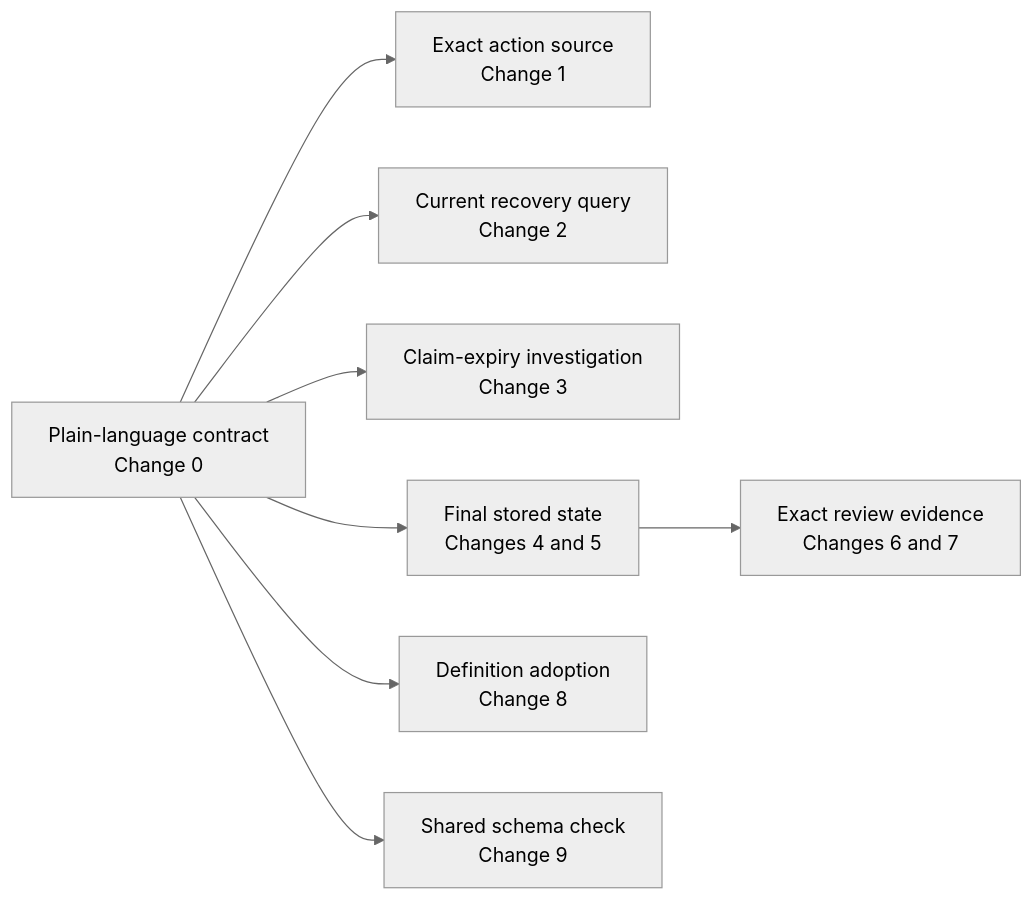
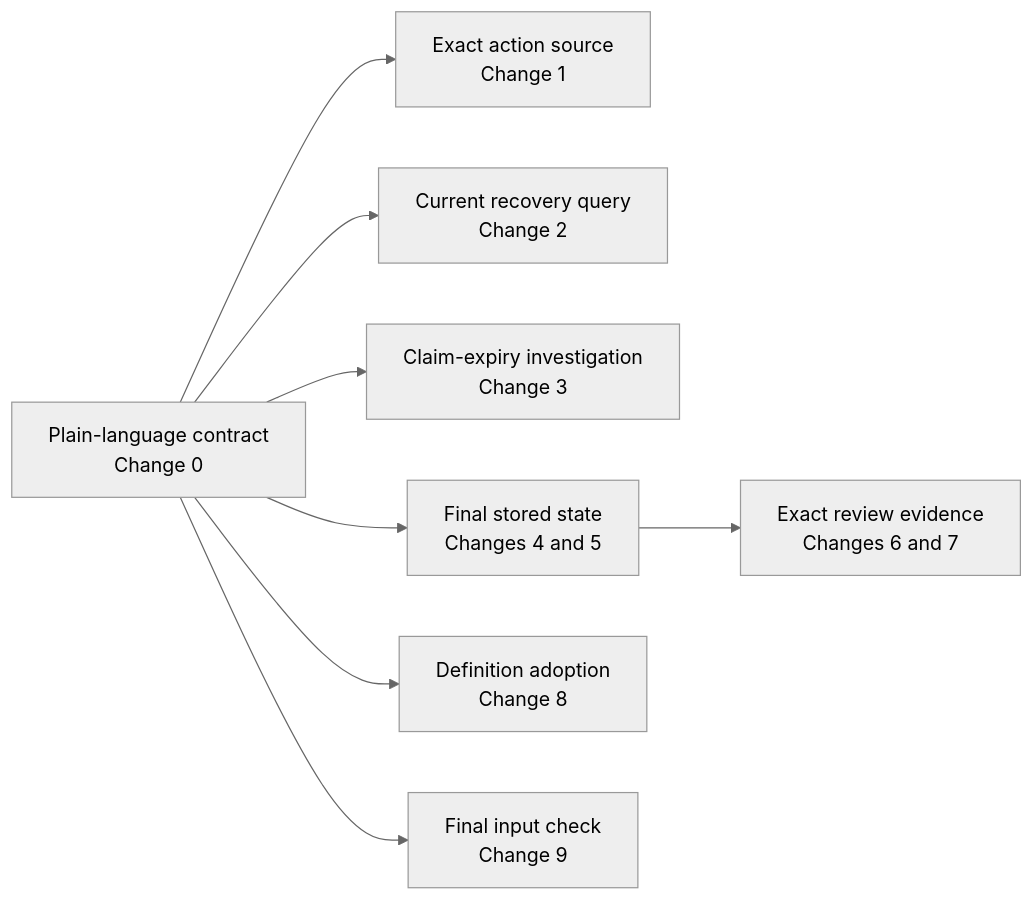
The third of 27 diagrams in docs/superpowers/plans/2026-08-08-noema-practical-reliability-roadmap.md (kpsuperplane/Noema), drawn with Mermaid (neutral theme) before and after one commit. The commit also changed other lines of this file, not shown here.

Commit message:
docs: correct tool schema reliability plan

````diff
--- a/docs/superpowers/plans/2026-08-08-noema-practical-reliability-roadmap.md
+++ b/docs/superpowers/plans/2026-08-08-noema-practical-reliability-roadmap.md
@@ -133,18 +133,18 @@
 ```mermaid
 flowchart LR
     L["Plain-language contract<br/>Change 0"]
     A["Exact action source<br/>Change 1"]
     Q["Current recovery query<br/>Change 2"]
     X["Claim-expiry investigation<br/>Change 3"]
     S["Final stored state<br/>Changes 4 and 5"]
     R["Exact review evidence<br/>Changes 6 and 7"]
     C["Definition adoption<br/>Change 8"]
-    V["Shared schema check<br/>Change 9"]
+    V["Final input check<br/>Change 9"]
 
     L --> A
     L --> V
     L --> Q
     L --> X
     L --> S --> R
     L --> C
 ```
````
